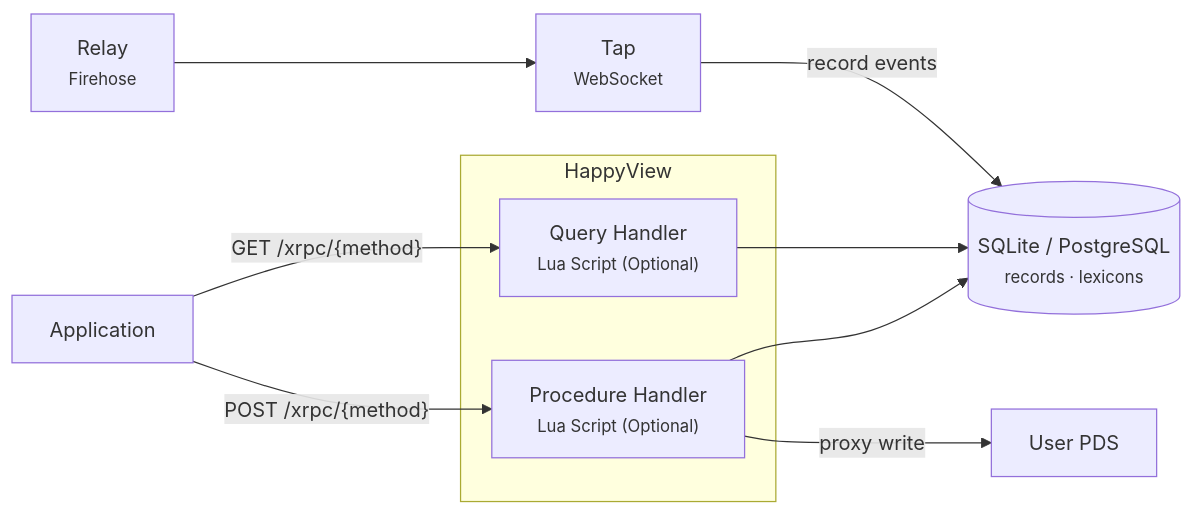
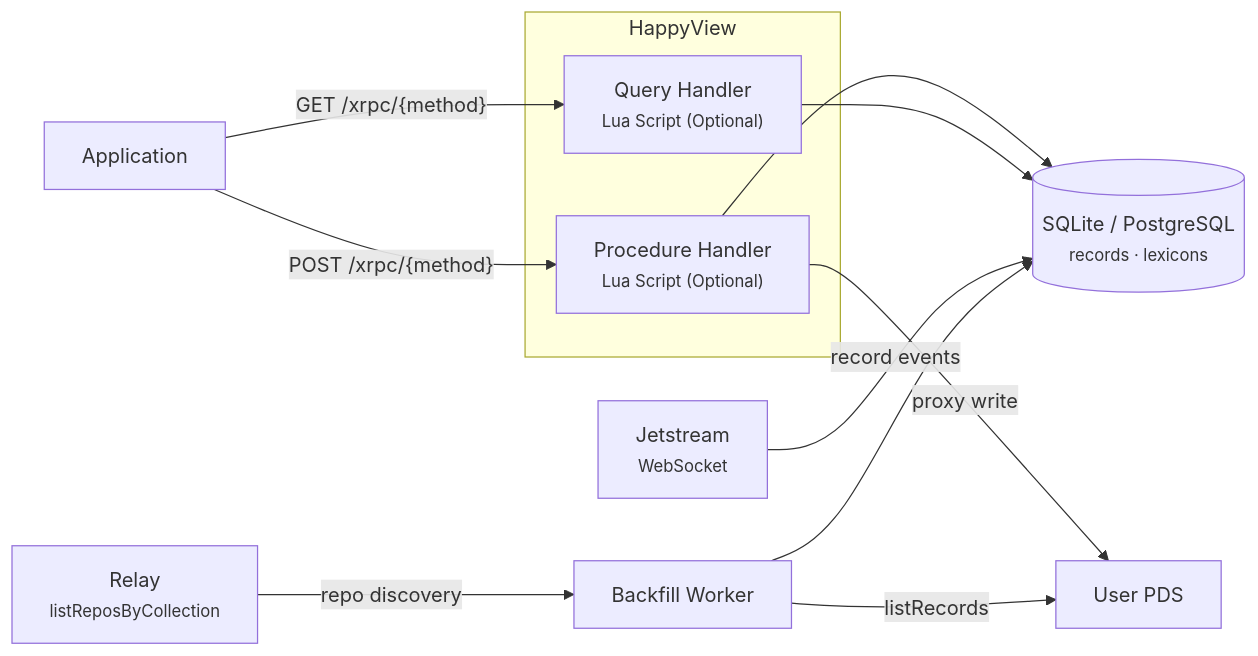
The diagram in docs/reference/architecture.md (gamesgamesgamesgamesgames/HappyView), drawn with Mermaid before and after one commit. The commit also changed other lines of this file and 24 other files, not shown here.

````diff
--- a/docs/reference/architecture.md
+++ b/docs/reference/architecture.md
@@ -7,22 +7,24 @@
 ```mermaid
 graph LR
   Application
 
   Application -->|"GET /xrpc/{method}"| Query
   Application -->|"POST /xrpc/{method}"| Procedure
 
   subgraph HappyView
     Query["Query Handler<br/><small>Lua Script (Optional)</small>"]
     Procedure["Procedure Handler<br/><small>Lua Script (Optional)</small>"]
   end
 
   Procedure --> DB
   Query --> DB
 
   Procedure -->|proxy write| PDS["User PDS"]
 
   DB[("SQLite / PostgreSQL<br/><small>records · lexicons</small>")]
 
-  Tap["Tap<br/><small>WebSocket</small>"] -->|record events| DB
-  Relay["Relay<br/><small>Firehose</small>"] --> Tap
+  Jetstream["Jetstream<br/><small>WebSocket</small>"] -->|record events| DB
+  Relay["Relay<br/><small>listReposByCollection</small>"] -->|repo discovery| Backfill
+  Backfill["Backfill Worker"] -->|listRecords| PDS
+  Backfill --> DB
 ```
````
